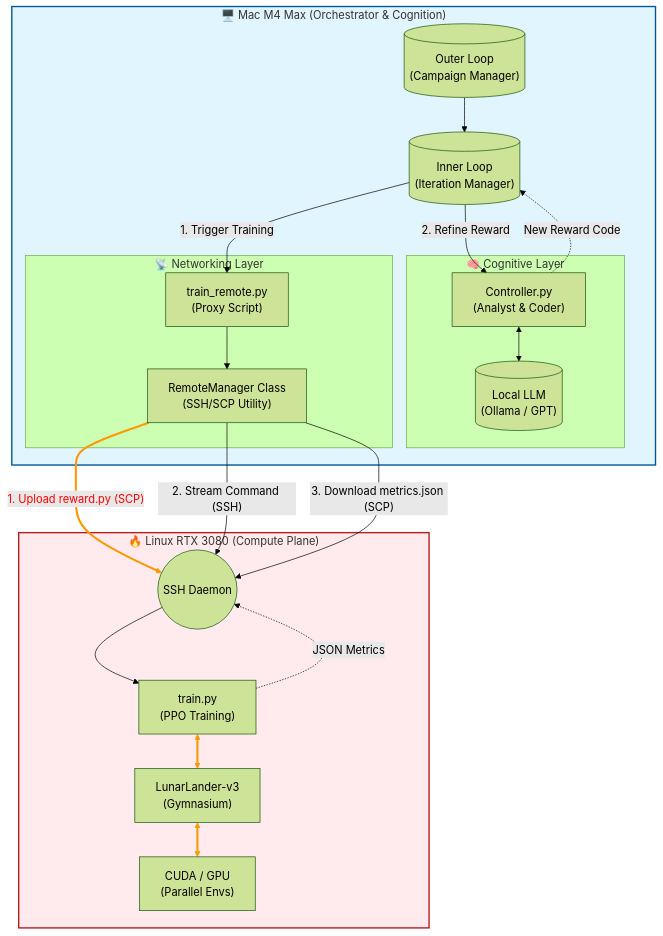
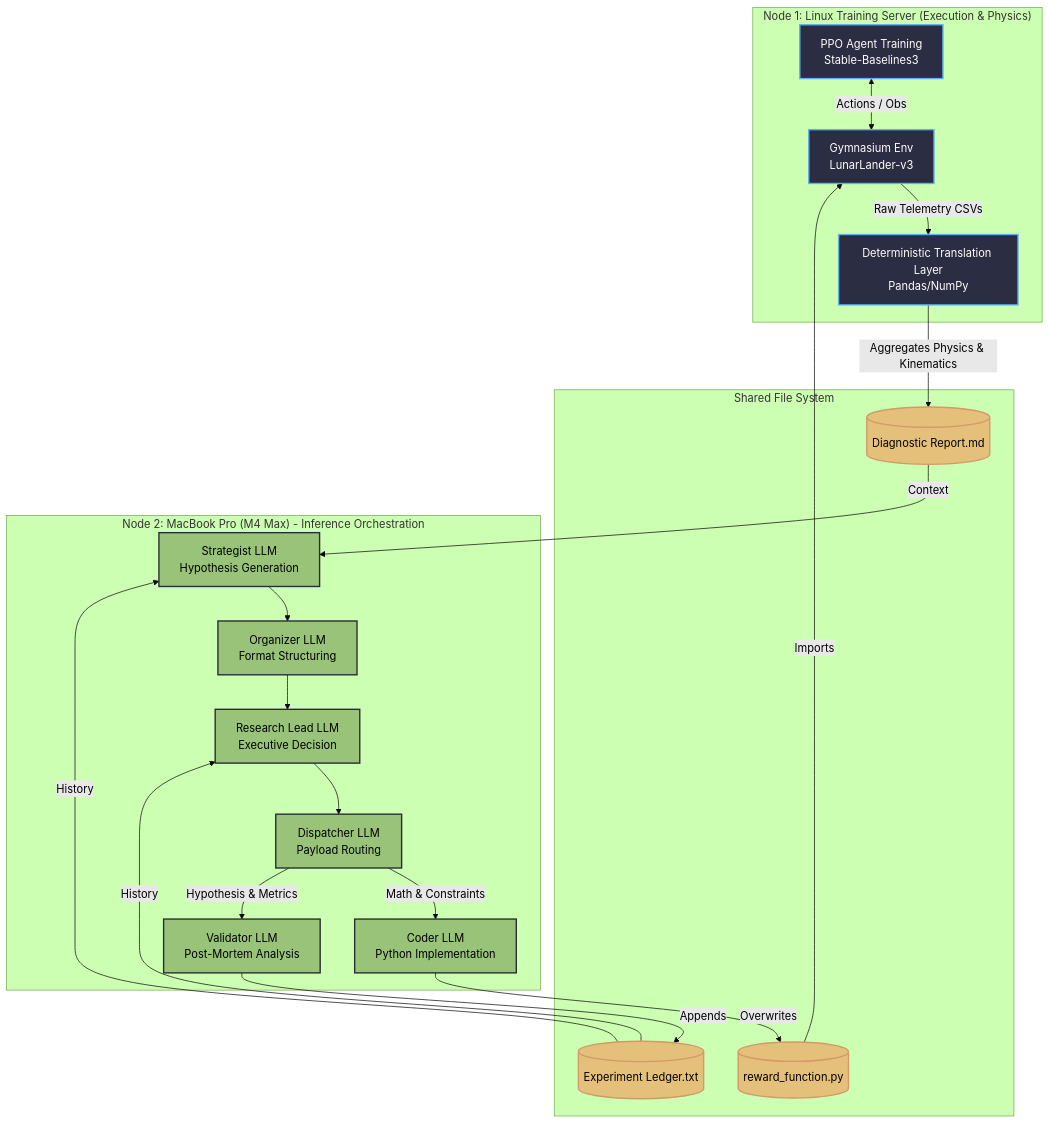
The diagram in README.md (Cheerful-Nebula/rl_agent_loop), drawn with Mermaid (forest theme) before and after one commit.

Commit message:
Refactor README.md with updated mermaid diagram

````diff
--- a/README.md
+++ b/README.md
@@ -1,50 +1,48 @@
 ```mermaid
 graph TD
-    %% SUBGRAPH: MAC (CONTROL PLANE)
-    subgraph MAC ["🖥️ Mac M4 Max (Orchestrator & Cognition)"]
-        style MAC fill:#e1f5fe,stroke:#01579b,stroke-width:2px
+    %% Define Styles
+    classDef linux fill:#2b2d42,stroke:#61afef,stroke-width:2px,color:#fff
+    classDef mac fill:#fdf6e3,stroke:#e06c75,stroke-width:2px,color:#333
+    classDef llm fill:#98c379,stroke:#282c34,stroke-width:2px,color:#000
+    classDef file fill:#e5c07b,stroke:#d19a66,stroke-width:2px,color:#000
+
+    %% Subgraphs for Hardware Separation
+    subgraph "Node 1: Linux Training Server (Execution & Physics)"
+        A[PPO Agent Training<br/>Stable-Baselines3]:::linux
+        B[Gymnasium Env<br/>LunarLander-v3]:::linux
+        C[Deterministic Translation Layer<br/>Pandas/NumPy]:::linux
         
-        OL[("Outer Loop<br>(Campaign Manager)")] --> IL[("Inner Loop<br>(Iteration Manager)")]
-        
-        subgraph COG ["🧠 Cognitive Layer"]
-            LLM[("Local LLM<br>(Ollama / GPT)")]
-            CONTROLLER["Controller.py<br>(Analyst & Coder)"]
-            CONTROLLER <--> LLM
-        end
-        
-        subgraph NET ["📡 Networking Layer"]
-            PROXY["train_remote.py<br>(Proxy Script)"]
-            RM["RemoteManager Class<br>(SSH/SCP Utility)"]
-            PROXY --> RM
-        end
-        
-        IL -- "1. Trigger Training" --> PROXY
-        IL -- "2. Refine Reward" --> CONTROLLER
+        A <-->|Actions / Obs| B
+        B -->|Raw Telemetry CSVs| C
     end
 
-    %% SUBGRAPH: LINUX (COMPUTE PLANE)
-    subgraph LINUX ["🔥 Linux RTX 3080 (Compute Plane)"]
-        style LINUX fill:#ffebee,stroke:#b71c1c,stroke-width:2px
-        
-        SSHD(("SSH Daemon"))
-        TRAINER["train.py<br>(PPO Training)"]
-        ENV["LunarLander-v3<br>(Gymnasium)"]
-        GPU["CUDA / GPU<br>(Parallel Envs)"]
-        
-        SSHD --> TRAINER
-        TRAINER <--> ENV
-        ENV <--> GPU
+    subgraph "Shared File System"
+        D[(Diagnostic Report.md)]:::file
+        E[(Experiment Ledger.txt)]:::file
+        F[(reward_function.py)]:::file
     end
 
-    %% DATA FLOWS ACROSS THE NETWORK
-    RM -- "1. Upload reward.py (SCP)" --> SSHD
-    RM -- "2. Stream Command (SSH)" --> SSHD
-    RM -- "3. Download metrics.json (SCP)" --> SSHD
-    
-    %% FEEDBACK LOOP
-    TRAINER -.->|"JSON Metrics"| SSHD
-    CONTROLLER -.->|"New Reward Code"| IL
-    
-    %% STYLING
-    linkStyle 6,7,8 stroke:#ff9800,stroke-width:3px,color:red;
+    subgraph "Node 2: MacBook Pro (M4 Max) - Inference Orchestration"
+        G[Strategist LLM<br/>Hypothesis Generation]:::llm
+        H[Organizer LLM<br/>Format Structuring]:::llm
+        I[Research Lead LLM<br/>Executive Decision]:::llm
+        J[Dispatcher LLM<br/>Payload Routing]:::llm
+        K[Coder LLM<br/>Python Implementation]:::llm
+        L[Validator LLM<br/>Post-Mortem Analysis]:::llm
+        
+        G --> H
+        H --> I
+        I --> J
+        J -->|Math & Constraints| K
+        J -->|Hypothesis & Metrics| L
+    end
+
+    %% Cross-Node Connections
+    C -->|Aggregates Physics & Kinematics| D
+    D -->|Context| G
+    E -->|History| G
+    E -->|History| I
+    K -->|Overwrites| F
+    F -->|Imports| B
+    L -->|Appends| E
 ```
````
